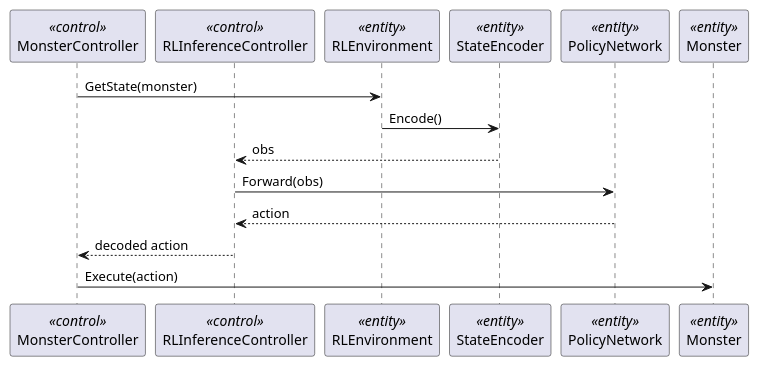
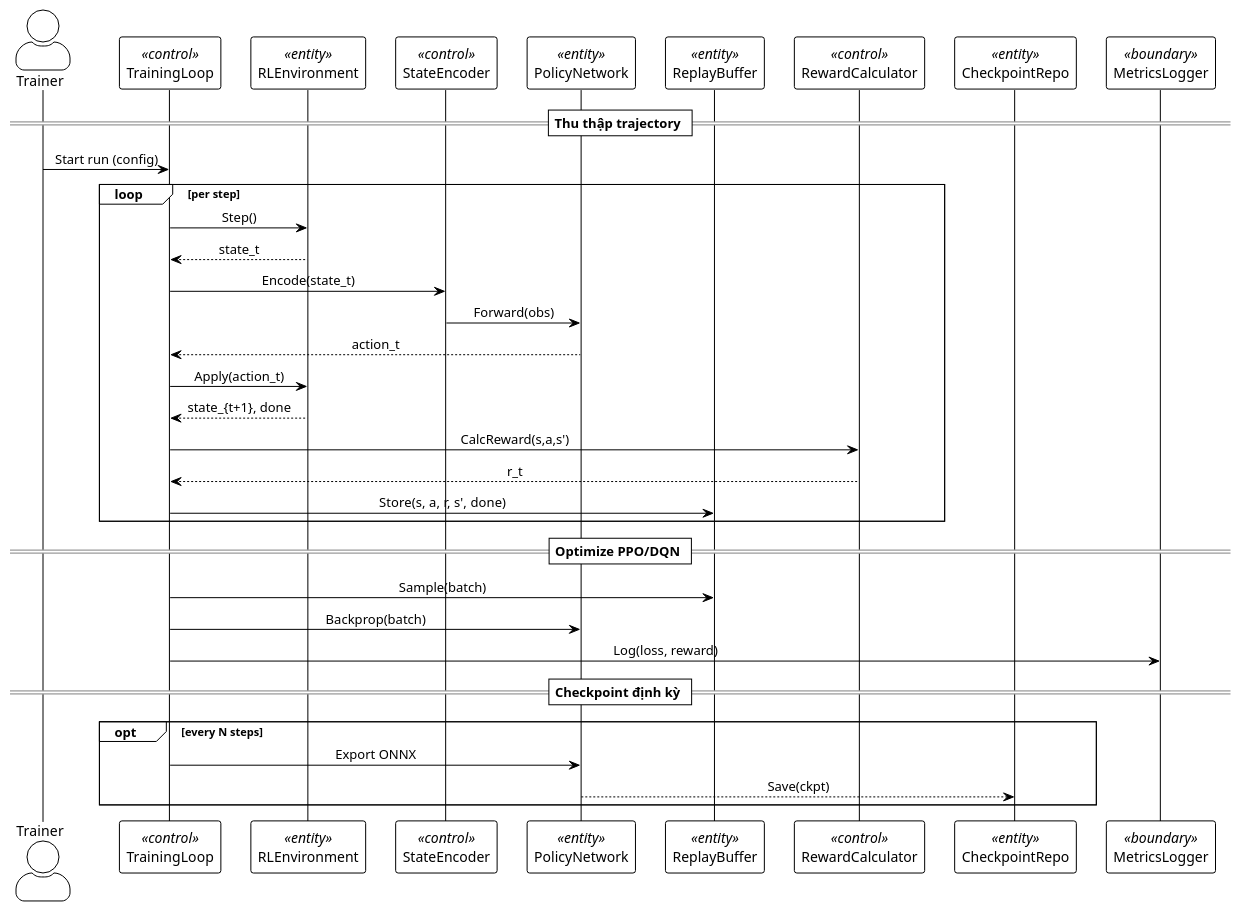
The seventh of 9 diagrams in docs/2.2_Thiet_ke_he_thong.md (KhanhLvFlaZ/VampireSurvivors), drawn with PlantUML before and after one commit. The commit also changed other lines of this file and 139 other files, not shown here.

First line of the commit message:
feat: Add use case diagrams for RL action inference and model training

````diff
--- a/docs/2.2_Thiet_ke_he_thong.md
+++ b/docs/2.2_Thiet_ke_he_thong.md
@@ -303,18 +407,46 @@
 ```plantuml
 @startuml
-participant MonsterController <<control>>
-participant RLInferenceController <<control>>
+!theme plain
+skinparam backgroundColor #FFFFFF
+skinparam actorStyle awesome
+skinparam sequenceMessageAlign center
+
+actor Trainer
+
+participant TrainingLoop <<control>>
 participant RLEnvironment <<entity>>
-participant StateEncoder <<entity>>
+participant StateEncoder <<control>>
 participant PolicyNetwork <<entity>>
-participant Monster <<entity>>
+participant ReplayBuffer <<entity>>
+participant RewardCalculator <<control>>
+participant CheckpointRepo <<entity>>
+participant MetricsLogger <<boundary>>
 
-MonsterController -> RLEnvironment: GetState(monster)
-RLEnvironment -> StateEncoder: Encode()
-StateEncoder --> RLInferenceController: obs
-RLInferenceController -> PolicyNetwork: Forward(obs)
-PolicyNetwork --> RLInferenceController: action
-RLInferenceController --> MonsterController: decoded action
-MonsterController -> Monster: Execute(action)
+== Thu thập trajectory ==
+Trainer -> TrainingLoop : Start run (config)
+loop per step
+  TrainingLoop -> RLEnvironment : Step()
+  RLEnvironment --> TrainingLoop : state_t
+  TrainingLoop -> StateEncoder : Encode(state_t)
+  StateEncoder -> PolicyNetwork : Forward(obs)
+  PolicyNetwork --> TrainingLoop : action_t
+  TrainingLoop -> RLEnvironment : Apply(action_t)
+  RLEnvironment --> TrainingLoop : state_{t+1}, done
+  TrainingLoop -> RewardCalculator : CalcReward(s,a,s')
+  RewardCalculator --> TrainingLoop : r_t
+  TrainingLoop -> ReplayBuffer : Store(s, a, r, s', done)
+end
+
+== Optimize PPO/DQN ==
+TrainingLoop -> ReplayBuffer : Sample(batch)
+TrainingLoop -> PolicyNetwork : Backprop(batch)
+TrainingLoop -> MetricsLogger : Log(loss, reward)
+
+== Checkpoint định kỳ ==
+opt every N steps
+  TrainingLoop -> PolicyNetwork : Export ONNX
+  PolicyNetwork --> CheckpointRepo : Save(ckpt)
+end
+
 @enduml
 ```
````
